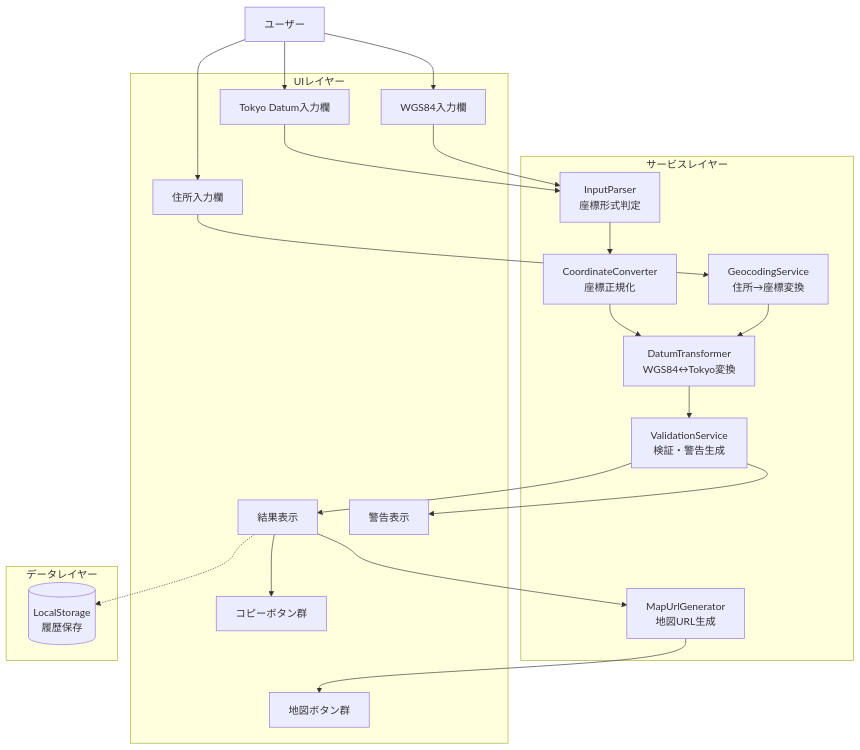
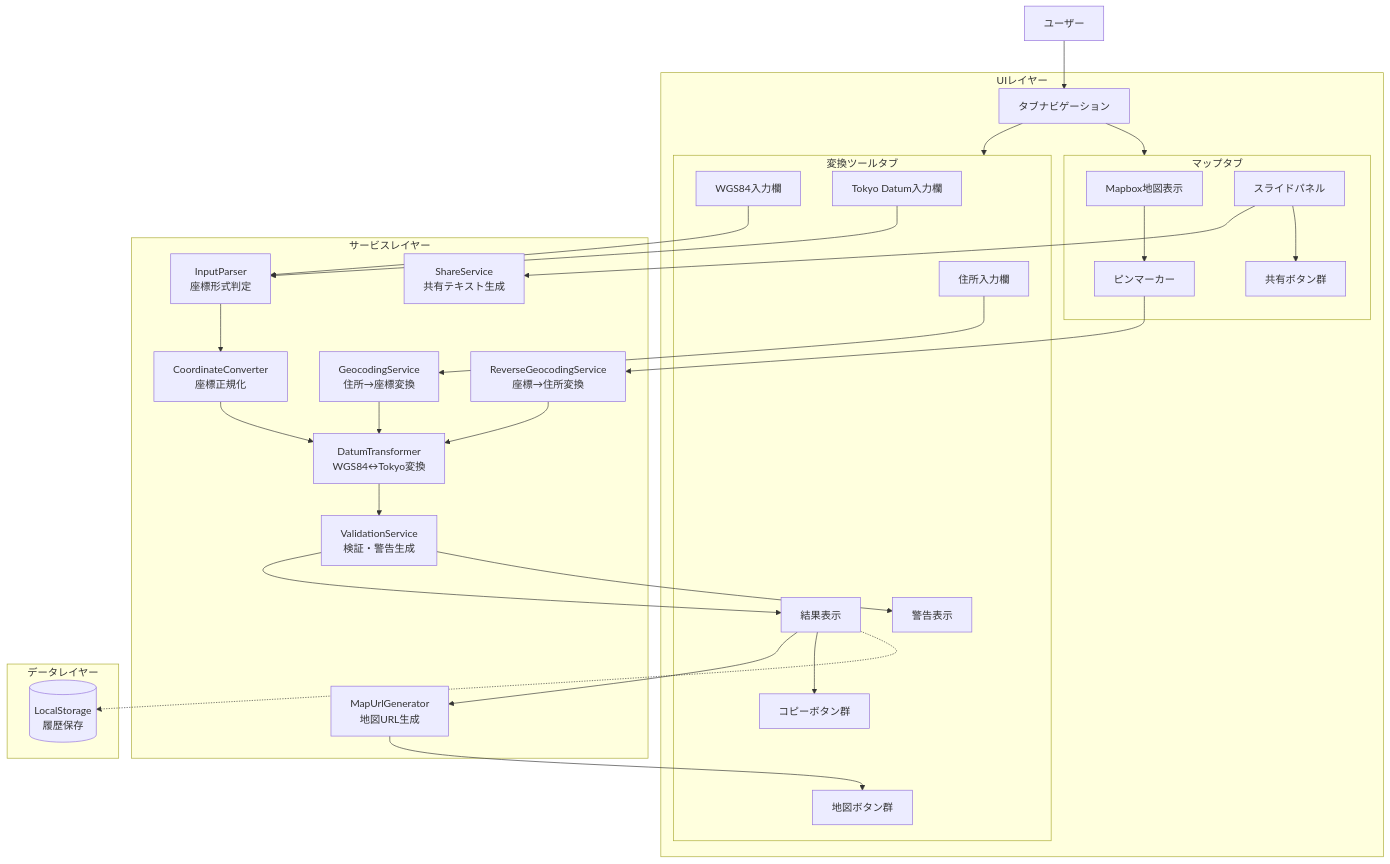
One commit to oyaakihisa/ichi-link changed the second of 7 diagrams in docs/functional-design.md. Above: the diagram before and after it, drawn with Mermaid. The commit also changed other lines of this file and 17 other files, not shown here.

````diff
--- a/docs/functional-design.md
+++ b/docs/functional-design.md
@@ -26,44 +31,60 @@
 ```mermaid
 graph TB
     User[ユーザー]
 
     subgraph UILayer[UIレイヤー]
-        AddressInput[住所入力欄]
-        WGS84Input[WGS84入力欄]
-        TokyoInput[Tokyo Datum入力欄]
-        ResultDisplay[結果表示]
-        WarningDisplay[警告表示]
-        MapButtons[地図ボタン群]
-        CopyButtons[コピーボタン群]
+        TabNav[タブナビゲーション]
+        subgraph ConverterTab[変換ツールタブ]
+            AddressInput[住所入力欄]
+            WGS84Input[WGS84入力欄]
+            TokyoInput[Tokyo Datum入力欄]
+            ResultDisplay[結果表示]
+            WarningDisplay[警告表示]
+            MapButtons[地図ボタン群]
+            CopyButtons[コピーボタン群]
+        end
+        subgraph MapTab[マップタブ]
+            MapView[Mapbox地図表示]
+            PinMarker[ピンマーカー]
+            SlidePanel[スライドパネル]
+            ShareButtons[共有ボタン群]
+        end
     end
 
     subgraph ServiceLayer[サービスレイヤー]
         InputParser[InputParser<br/>座標形式判定]
         GeocodingService[GeocodingService<br/>住所→座標変換]
+        ReverseGeocodingService[ReverseGeocodingService<br/>座標→住所変換]
         CoordinateConverter[CoordinateConverter<br/>座標正規化]
         DatumTransformer[DatumTransformer<br/>WGS84↔Tokyo変換]
         ValidationService[ValidationService<br/>検証・警告生成]
         MapUrlGenerator[MapUrlGenerator<br/>地図URL生成]
+        ShareService[ShareService<br/>共有テキスト生成]
     end
 
     subgraph DataLayer[データレイヤー]
         LocalStorage[(LocalStorage<br/>履歴保存)]
     end
 
-    User --> AddressInput
-    User --> WGS84Input
-    User --> TokyoInput
+    User --> TabNav
+    TabNav --> ConverterTab
+    TabNav --> MapTab
     AddressInput --> GeocodingService
     WGS84Input --> InputParser
     TokyoInput --> InputParser
     GeocodingService --> DatumTransformer
     InputParser --> CoordinateConverter
     CoordinateConverter --> DatumTransformer
     DatumTransformer --> ValidationService
     ValidationService --> ResultDisplay
     ValidationService --> WarningDisplay
     ResultDisplay --> MapUrlGenerator
     MapUrlGenerator --> MapButtons
     ResultDisplay --> CopyButtons
     ResultDisplay -.-> LocalStorage
+    MapView --> PinMarker
+    PinMarker --> ReverseGeocodingService
+    ReverseGeocodingService --> DatumTransformer
+    SlidePanel --> ShareService
+    SlidePanel --> ShareButtons
 ```
````
